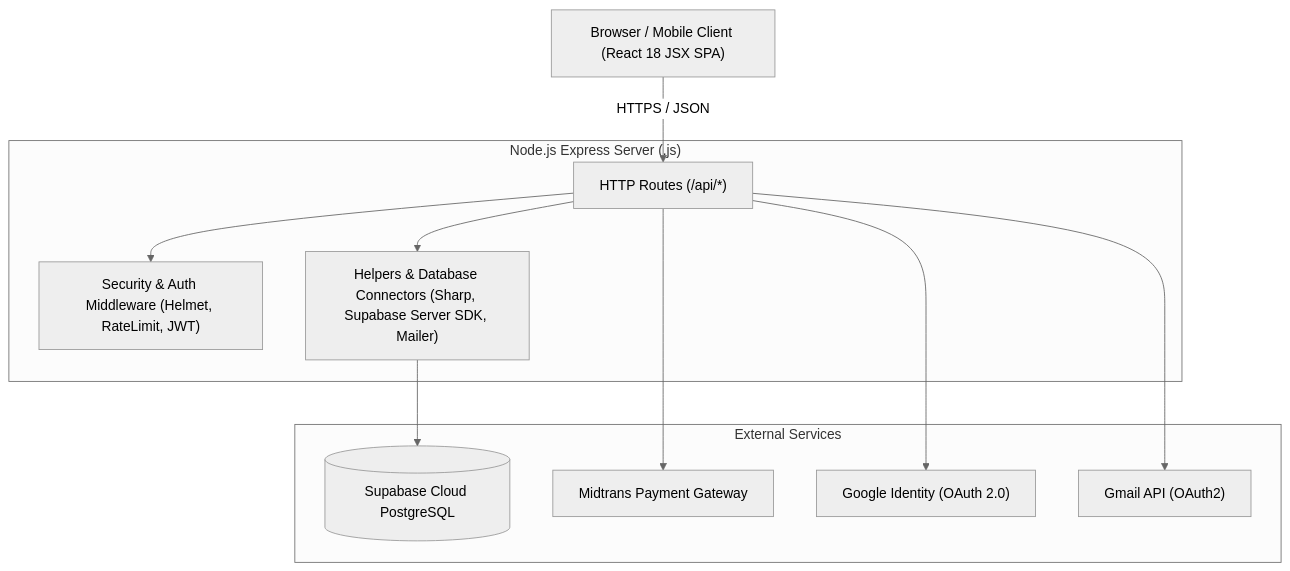
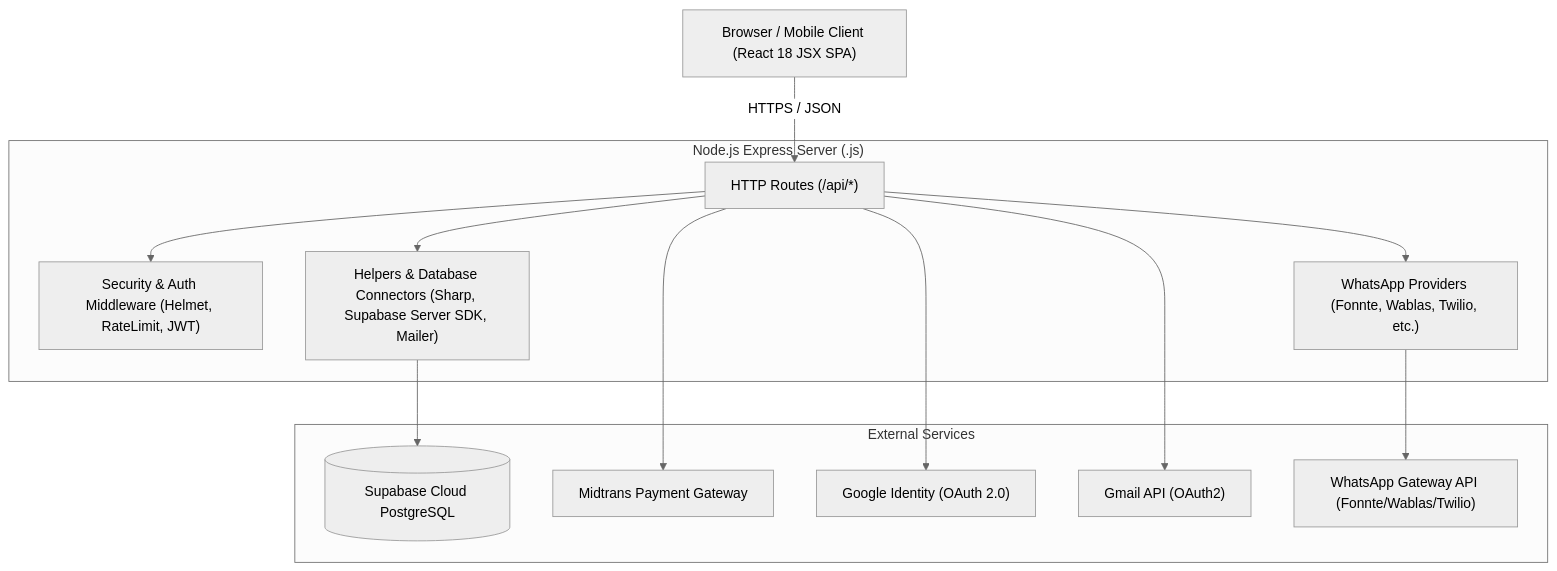
The first of 2 diagrams in docs/ARCHITECTURE.md (daffa-789/Wahidiyah-Book-Midtrans), drawn with Mermaid (neutral theme) before and after one commit. The commit also changed other lines of this file and 12 other files, not shown here.

````diff
--- a/docs/ARCHITECTURE.md
+++ b/docs/ARCHITECTURE.md
@@ -22,25 +22,29 @@
 ```mermaid
 graph TD
     Client["Browser / Mobile Client (React 18 JSX SPA)"]
     
     subgraph Backend ["Node.js Express Server (.js)"]
         Router["HTTP Routes (/api/*)"]
         Middleware["Security & Auth Middleware (Helmet, RateLimit, JWT)"]
+        Providers["WhatsApp Providers (Fonnte, Wablas, Twilio, etc.)"]
         Libs["Helpers & Database Connectors (Sharp, Supabase Server SDK, Mailer)"]
     end
     
     subgraph External ["External Services"]
         Supabase[("Supabase Cloud PostgreSQL")]
         Midtrans["Midtrans Payment Gateway"]
         GoogleAuth["Google Identity (OAuth 2.0)"]
         Gmail["Gmail API (OAuth2)"]
+        WAGateway["WhatsApp Gateway API (Fonnte/Wablas/Twilio)"]
     end
 
     Client -->|HTTPS / JSON| Router
     Router --> Middleware
+    Router --> Providers
     Router --> Libs
     Libs --> Supabase
     Router --> Midtrans
     Router --> GoogleAuth
     Router --> Gmail
+    Providers --> WAGateway
 ```
````
